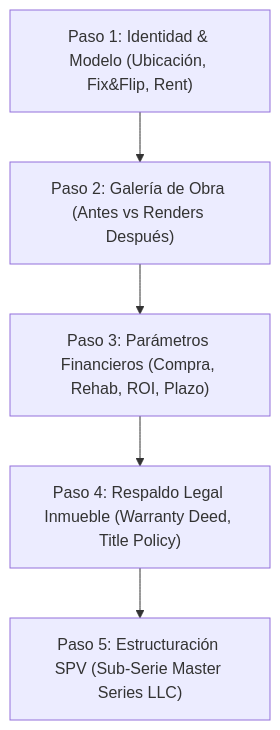
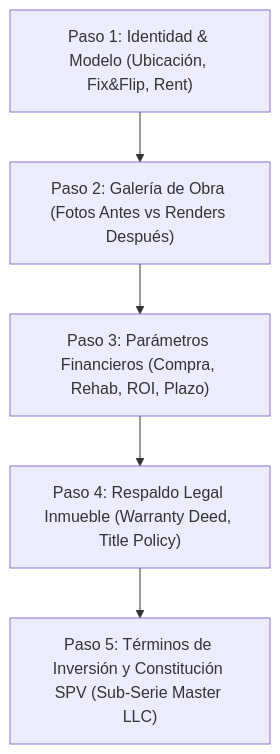
One commit to jeisonsosablockdev/BRIDS-KNOWLEDGE-FORT changed the second of 5 diagrams in BRIDS-Brain/00 Inbox/Specs/modulo-desarrollador-spv-engine-work/draft_cycle_1.md. Above: the diagram before and after it, drawn with Mermaid. The commit also changed other lines of this file and 12 other files, not shown here.

````diff
--- a/BRIDS-Brain/00 Inbox/Specs/modulo-desarrollador-spv-engine-work/draft_cycle_1.md
+++ b/BRIDS-Brain/00 Inbox/Specs/modulo-desarrollador-spv-engine-work/draft_cycle_1.md
@@ -91,7 +125,7 @@
 ```mermaid
 flowchart TD
-    P1["Paso 1: Identidad & Modelo (Ubicación, Fix&Flip, Rent)"] --> P2["Paso 2: Galería de Obra (Antes vs Renders Después)"]
+    P1["Paso 1: Identidad & Modelo (Ubicación, Fix&Flip, Rent)"] --> P2["Paso 2: Galería de Obra (Fotos Antes vs Renders Después)"]
     P2 --> P3["Paso 3: Parámetros Financieros (Compra, Rehab, ROI, Plazo)"]
     P3 --> P4["Paso 4: Respaldo Legal Inmueble (Warranty Deed, Title Policy)"]
-    P4 --> P5["Paso 5: Estructuración SPV (Sub-Serie Master Series LLC)"]
+    P4 --> P5["Paso 5: Términos de Inversión y Constitución SPV (Sub-Serie Master LLC)"]
 ```
````
